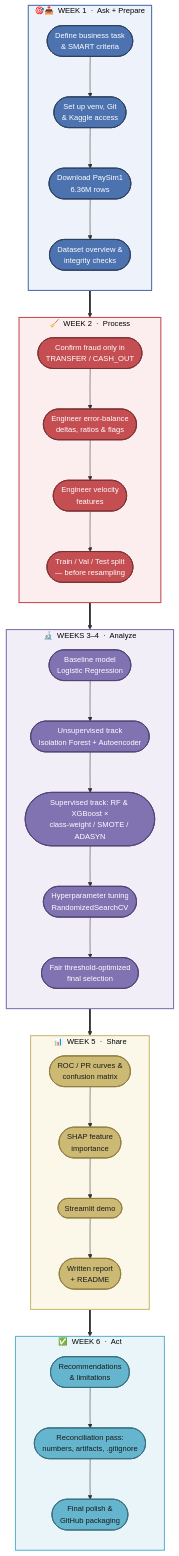
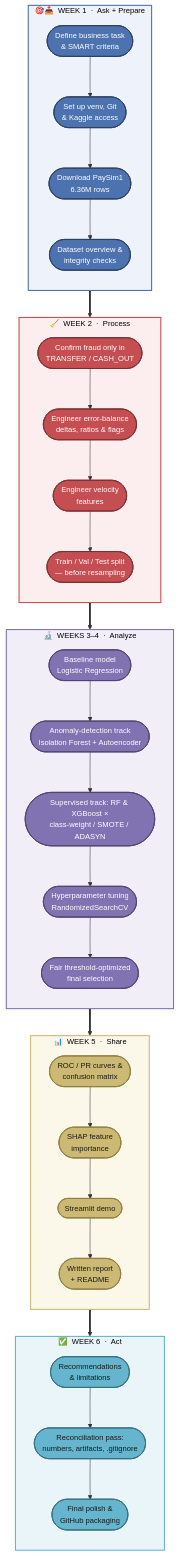
One commit to Sudharshan205-Proj/fraud-detection-system changed the second of 3 diagrams in README.md. Above: the diagram before and after it, drawn with Mermaid. The commit also changed other lines of this file and 14 other files, not shown here.

````diff
--- a/README.md
+++ b/README.md
@@ -159,71 +162,71 @@
 ```mermaid
 %%{init: {"flowchart": {"curve": "basis"}, "themeVariables": {"fontSize": "14px"}}}%%
 flowchart TD
     subgraph W1["🎯📥&nbsp; WEEK 1 &nbsp;·&nbsp; Ask + Prepare"]
         direction TB
         A1(["Define business task<br/>& SMART criteria"])
         A2(["Set up venv, Git<br/>& Kaggle access"])
         A3(["Download PaySim1<br/>6.36M rows"])
         A4(["Dataset overview &<br/>integrity checks"])
         A1 --> A2 --> A3 --> A4
     end
 
     subgraph W2["🧹&nbsp; WEEK 2 &nbsp;·&nbsp; Process"]
         direction TB
         B1(["Confirm fraud only in<br/>TRANSFER / CASH_OUT"])
         B2(["Engineer error-balance<br/>deltas, ratios & flags"])
         B3(["Engineer velocity<br/>features"])
         B4(["Train / Val / Test split<br/>— before resampling"])
         B1 --> B2 --> B3 --> B4
     end
 
     subgraph W34["🔬&nbsp; WEEKS 3–4 &nbsp;·&nbsp; Analyze"]
         direction TB
         C1(["Baseline model<br/>Logistic Regression"])
-        C2(["Unsupervised track<br/>Isolation Forest + Autoencoder"])
+        C2(["Anomaly-detection track<br/>Isolation Forest + Autoencoder"])
         C3(["Supervised track: RF & XGBoost ×<br/>class-weight / SMOTE / ADASYN"])
         C4(["Hyperparameter tuning<br/>RandomizedSearchCV"])
         C5(["Fair threshold-optimized<br/>final selection"])
         C1 --> C2 --> C3 --> C4 --> C5
     end
 
     subgraph W5["📊&nbsp; WEEK 5 &nbsp;·&nbsp; Share"]
         direction TB
         D1(["ROC / PR curves &<br/>confusion matrix"])
         D2(["SHAP feature<br/>importance"])
         D3(["Streamlit demo"])
         D4(["Written report<br/>+ README"])
         D1 --> D2 --> D3 --> D4
     end
 
     subgraph W6["✅&nbsp; WEEK 6 &nbsp;·&nbsp; Act"]
         direction TB
         E1(["Recommendations<br/>& limitations"])
         E2(["Reconciliation pass:<br/>numbers, artifacts, .gitignore"])
         E3(["Final polish &<br/>GitHub packaging"])
         E1 --> E2 --> E3
     end
 
     W1 ==> W2
     W2 ==> W34
     W34 ==> W5
     W5 ==> W6
 
     classDef askprepare fill:#4C72B0,color:#ffffff,stroke:#2c3e5c,stroke-width:1.5px,rx:8,ry:8
     classDef process    fill:#C44E52,color:#ffffff,stroke:#7a2f31,stroke-width:1.5px,rx:8,ry:8
     classDef analyze    fill:#8172B2,color:#ffffff,stroke:#4d4370,stroke-width:1.5px,rx:8,ry:8
     classDef share      fill:#CCB974,color:#1a1a1a,stroke:#8f7c3f,stroke-width:1.5px,rx:8,ry:8
     classDef act        fill:#64B5CD,color:#1a1a1a,stroke:#376c7d,stroke-width:1.5px,rx:8,ry:8
 
     class A1,A2,A3,A4 askprepare
     class B1,B2,B3,B4 process
     class C1,C2,C3,C4,C5 analyze
     class D1,D2,D3,D4 share
     class E1,E2,E3 act
 
     style W1  fill:#eef2fa,stroke:#4C72B0,stroke-width:2px, color:#000000
     style W2  fill:#fceeee,stroke:#C44E52,stroke-width:2px, color:#000000
     style W34 fill:#f2eef8,stroke:#8172B2,stroke-width:2px, color:#000000
     style W5  fill:#fbf8ea,stroke:#CCB974,stroke-width:2px, color:#000000
     style W6  fill:#eaf5f9,stroke:#64B5CD,stroke-width:2px, color:#000000
 ```
````
